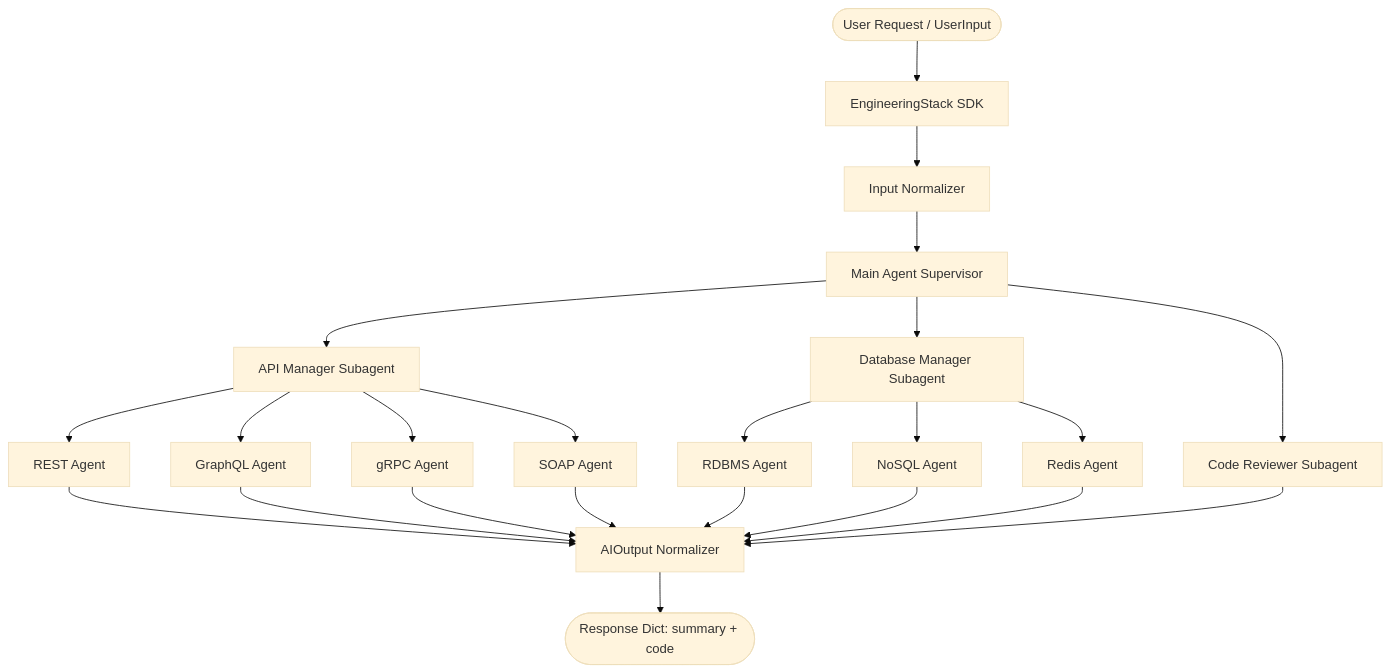
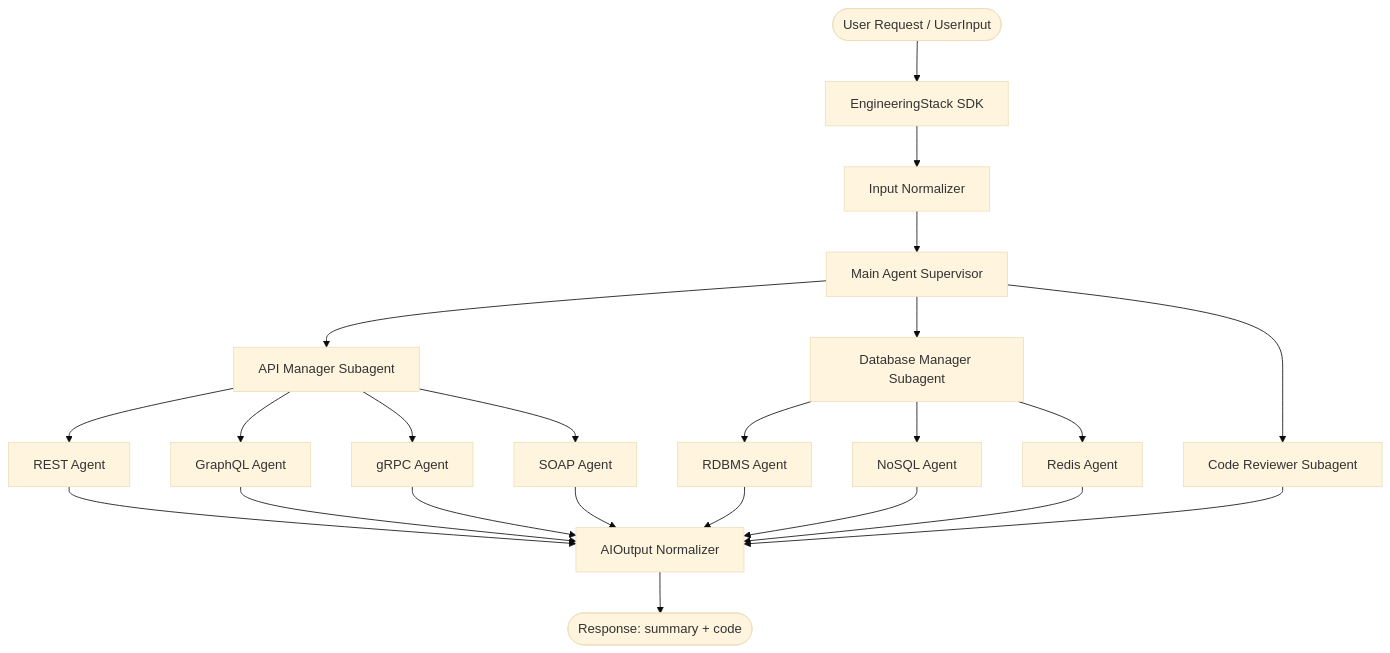
Before and after one commit to BenjaminVijayaraj5102004/Engineering_Stack: the diagram in README.md, drawn with Mermaid (base theme). The commit also changed other lines of this file and 8 other files, not shown here.

````diff
--- a/README.md
+++ b/README.md
@@ -139,30 +156,30 @@
 ```mermaid
 graph TD
     User([User Request / UserInput]) --> SDK[EngineeringStack SDK]
     SDK --> Normalizer[Input Normalizer]
     Normalizer --> MainAgent[Main Agent Supervisor]
     
     MainAgent --> APIMgr[API Manager Subagent]
     MainAgent --> DBMgr[Database Manager Subagent]
     MainAgent --> Reviewer[Code Reviewer Subagent]
     
     APIMgr --> REST[REST Agent]
     APIMgr --> GraphQL[GraphQL Agent]
     APIMgr --> gRPC[gRPC Agent]
     APIMgr --> SOAP[SOAP Agent]
     
     DBMgr --> RDBMS[RDBMS Agent]
     DBMgr --> NoSQL[NoSQL Agent]
     DBMgr --> Redis[Redis Agent]
     
     REST --> Output[AIOutput Normalizer]
     GraphQL --> Output
     gRPC --> Output
     SOAP --> Output
     RDBMS --> Output
     NoSQL --> Output
     Redis --> Output
     Reviewer --> Output
     
-    Output --> FinalResponse([Response Dict: summary + code])
+    Output --> FinalResponse([Response: summary + code])
 ```
````
